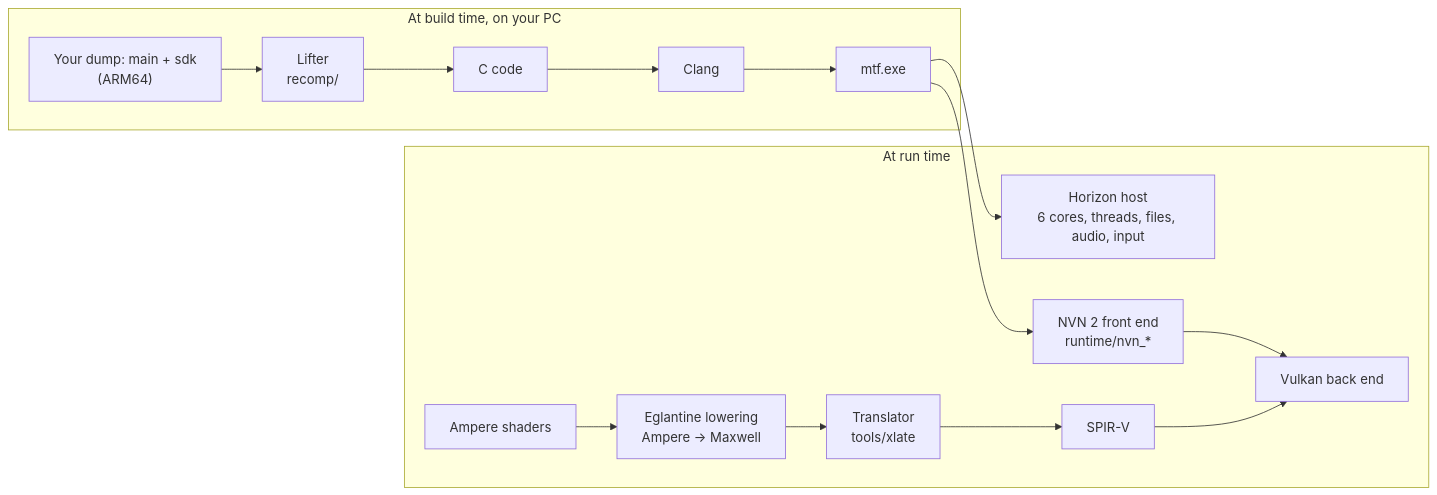
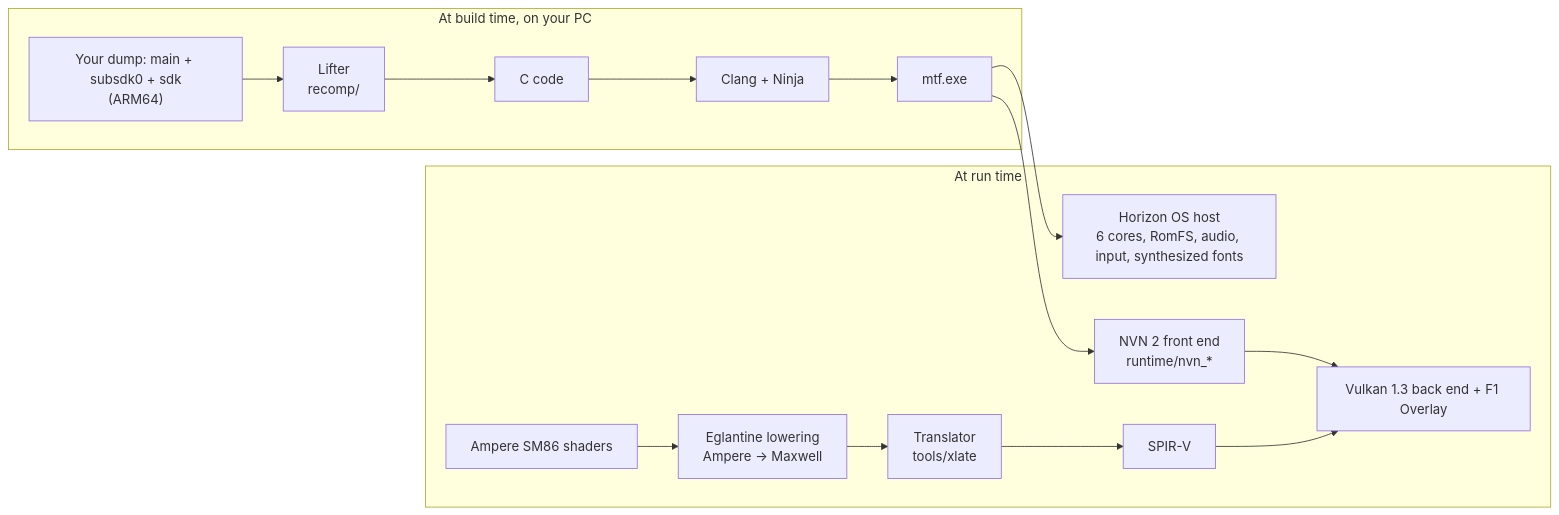
One commit to STS78721/MTF-ShadowRacket changed the diagram in README.md. Above: the diagram before and after it, drawn with Mermaid. The commit also changed other lines of this file and 86 other files, not shown here.

Commit message:
Sync Universal NS2 engine, NVN 55 fastpath buffer layout, Ampere shader fixes, 4K overlay, and synthesized Switch PUA button font

````diff
--- a/README.md
+++ b/README.md
@@ -36,11 +29,11 @@
 ```mermaid
 flowchart LR
     subgraph offline["At build time, on your PC"]
-        exefs["Your dump: main + sdk<br/>(ARM64)"] --> lifter["Lifter<br/>recomp/"] --> c["C code"] --> clang["Clang"] --> exe["mtf.exe"]
+        exefs["Your dump: main + subsdk0 + sdk<br/>(ARM64)"] --> lifter["Lifter<br/>recomp/"] --> c["C code"] --> clang["Clang + Ninja"] --> exe["mtf.exe"]
     end
     subgraph runtime["At run time"]
-        exe --> host["Horizon host<br/>6 cores, threads, files, audio, input"]
-        exe --> nvn["NVN 2 front end<br/>runtime/nvn_*"] --> vk["Vulkan back end"]
-        sass["Ampere shaders"] --> lower["Eglantine lowering<br/>Ampere → Maxwell"] --> xlate["Translator<br/>tools/xlate"] --> spirv["SPIR-V"] --> vk
+        exe --> host["Horizon OS host<br/>6 cores, RomFS, audio, input, synthesized fonts"]
+        exe --> nvn["NVN 2 front end<br/>runtime/nvn_*"] --> vk["Vulkan 1.3 back end + F1 Overlay"]
+        sass["Ampere SM86 shaders"] --> lower["Eglantine lowering<br/>Ampere → Maxwell"] --> xlate["Translator<br/>tools/xlate"] --> spirv["SPIR-V"] --> vk
     end
 ```
````
